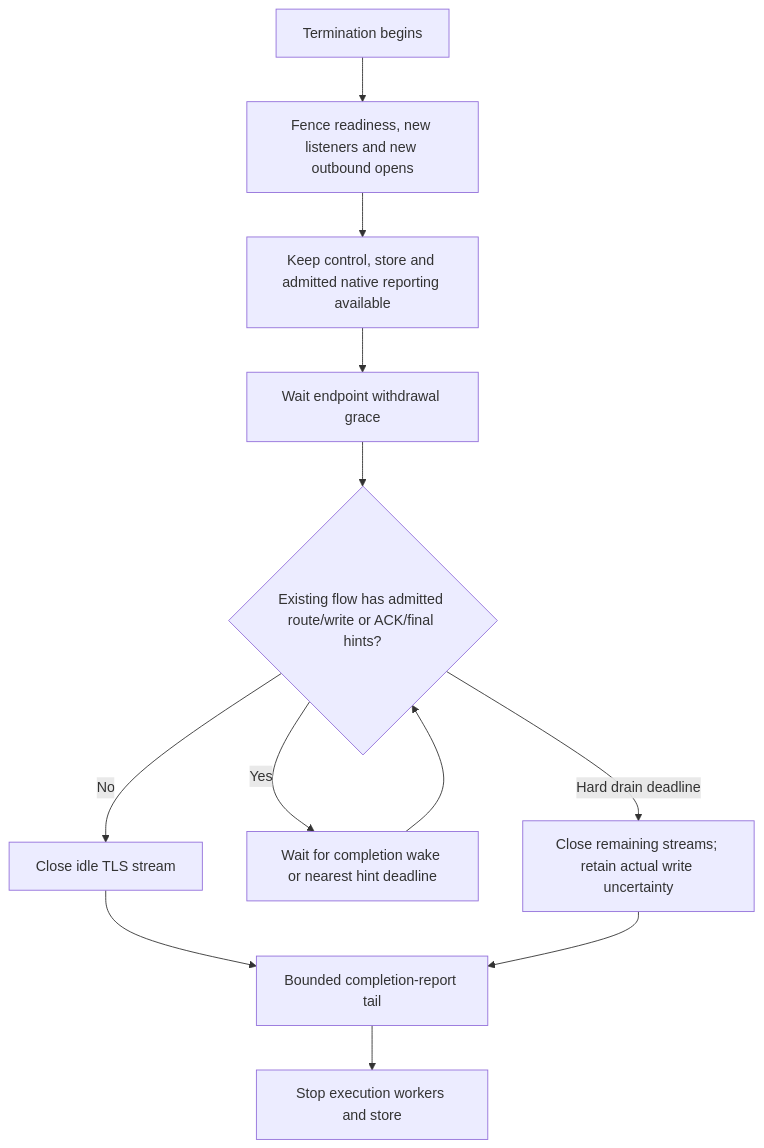
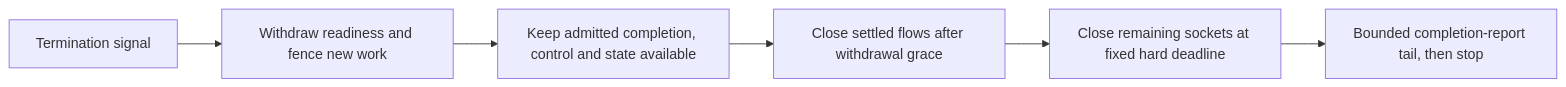
One commit to zyno-io/sipbridge changed the sixth of 6 diagrams in docs/operations/lifecycle.md. Above: the diagram before and after it, drawn with Mermaid. The commit also changed other lines of this file and 30 other files, not shown here.

````diff
--- a/docs/operations/lifecycle.md
+++ b/docs/operations/lifecycle.md
@@ -325,14 +199,8 @@
 ```mermaid
-flowchart TD
-    A[Termination begins] --> B[Fence readiness, new listeners and new outbound opens]
-    B --> C[Keep control, store and admitted native reporting available]
-    C --> D[Wait endpoint withdrawal grace]
-    D --> E{Existing flow has admitted route/write or ACK/final hints?}
-    E -- No --> F[Close idle TLS stream]
-    E -- Yes --> G[Wait for completion wake or nearest hint deadline]
-    G --> E
-    E -- Hard drain deadline --> H[Close remaining streams; retain actual write uncertainty]
-    F --> I[Bounded completion-report tail]
-    H --> I
-    I --> J[Stop execution workers and store]
+flowchart LR
+    A[Termination signal] --> B[Withdraw readiness and fence new work]
+    B --> C[Keep admitted completion, control and state available]
+    C --> D[Close settled flows after withdrawal grace]
+    D --> E[Close remaining sockets at fixed hard deadline]
+    E --> F[Bounded completion-report tail, then stop]
 ```
````
